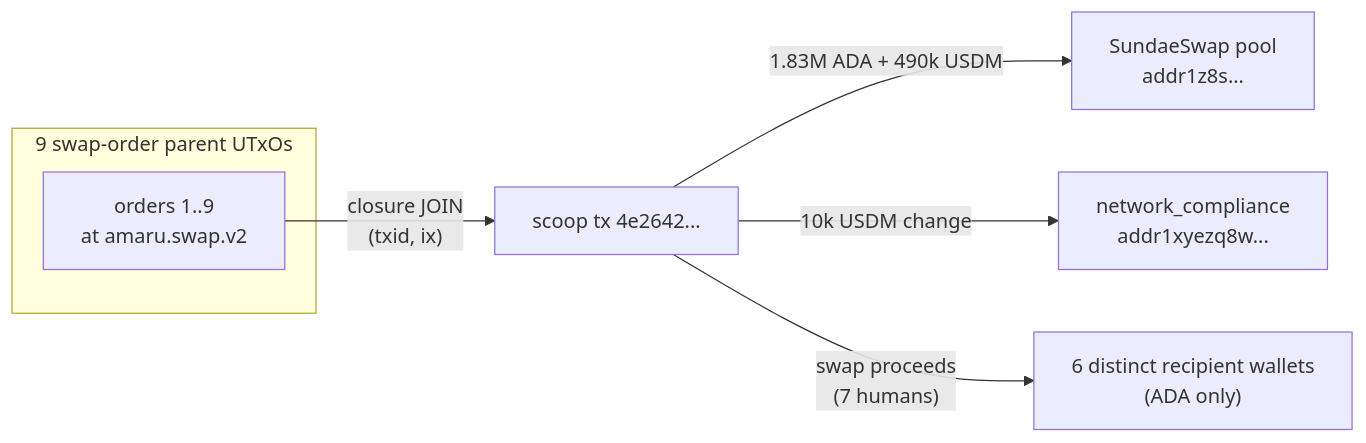
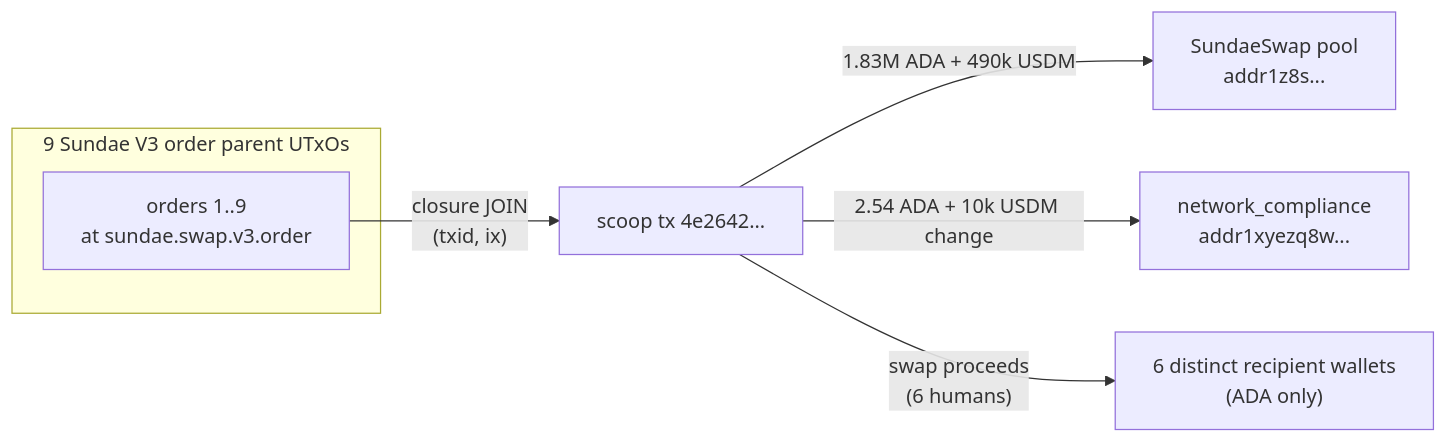
The diagram in docs/case-studies/2026-05-amaru-treasury/queries/q10-scoop-recipient-resolution.md (lambdasistemi/cardano-ledger-rdf), drawn with Mermaid before and after one commit. The commit also changed other lines of this file and 22 other files, not shown here.

````diff
--- a/docs/case-studies/2026-05-amaru-treasury/queries/q10-scoop-recipient-resolution.md
+++ b/docs/case-studies/2026-05-amaru-treasury/queries/q10-scoop-recipient-resolution.md
@@ -59,10 +70,10 @@
 ```mermaid
 flowchart LR
-  subgraph orders["9 swap-order parent UTxOs"]
-    o["orders 1..9<br/>at amaru.swap.v2"]
+  subgraph orders["9 Sundae V3 order parent UTxOs"]
+    o["orders 1..9<br/>at sundae.swap.v3.order"]
   end
   o -->|"closure JOIN<br/>(txid, ix)"| scoop["scoop tx 4e2642..."]
   scoop -->|"1.83M ADA + 490k USDM"| pool["SundaeSwap pool<br/>addr1z8s..."]
-  scoop -->|"10k USDM change"| netcomp["network_compliance<br/>addr1xyezq8w..."]
-  scoop -->|"swap proceeds<br/>(7 humans)"| humans["6 distinct recipient wallets<br/>(ADA only)"]
+  scoop -->|"2.54 ADA + 10k USDM change"| netcomp["network_compliance<br/>addr1xyezq8w..."]
+  scoop -->|"swap proceeds<br/>(6 humans)"| humans["6 distinct recipient wallets<br/>(ADA only)"]
 ```
````
